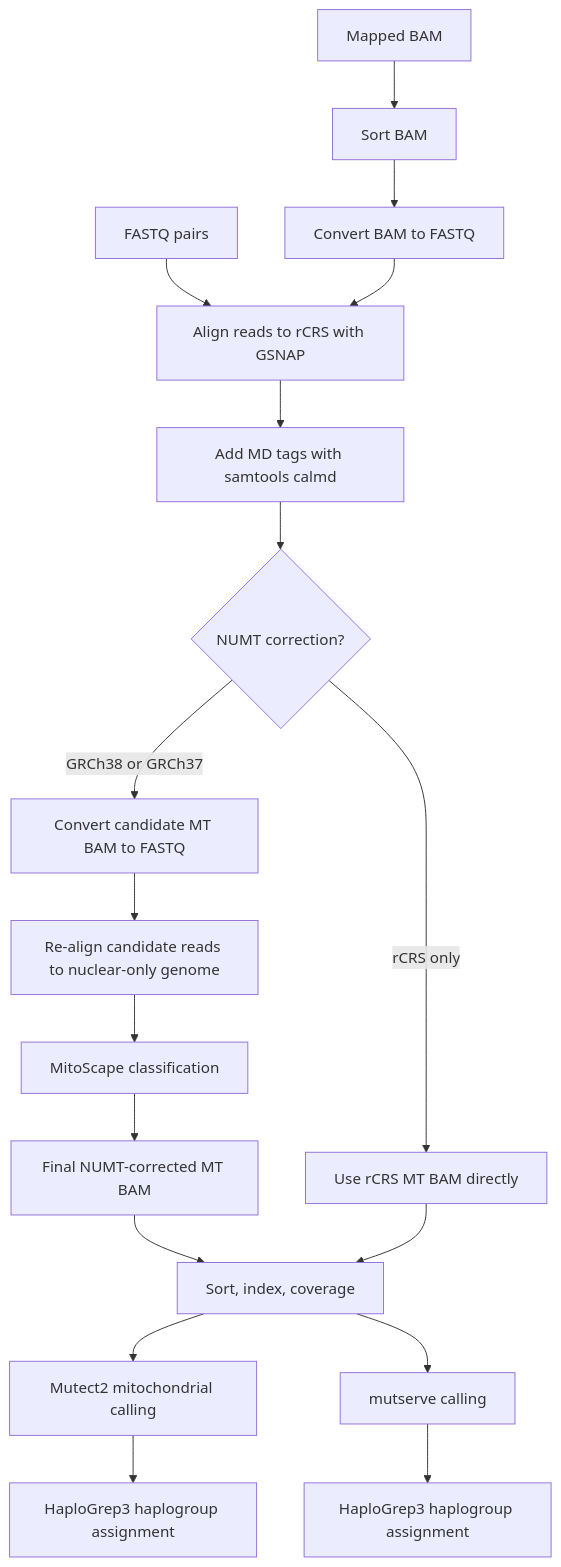
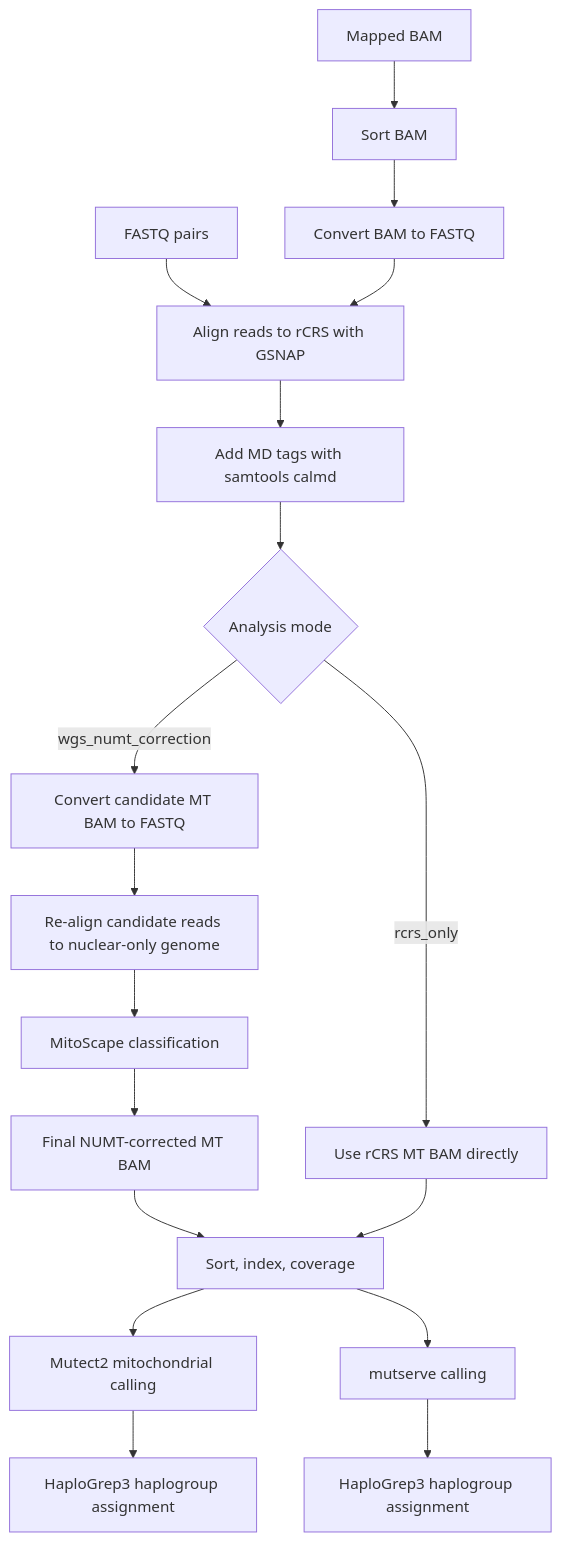
The diagram in README.md (aledavini7/clam-mitogenome-pipeline), drawn with Mermaid before and after one commit. The commit also changed other lines of this file and 4 other files, not shown here.

````diff
--- a/README.md
+++ b/README.md
@@ -17,20 +17,20 @@
 ```mermaid
 flowchart TD
     A[FASTQ pairs] --> C[Align reads to rCRS with GSNAP]
     B[Mapped BAM] --> B1[Sort BAM]
     B1 --> B2[Convert BAM to FASTQ]
     B2 --> C
     C --> D[Add MD tags with samtools calmd]
-    D --> E{NUMT correction?}
-    E -->|GRCh38 or GRCh37| F[Convert candidate MT BAM to FASTQ]
+    D --> E{Analysis mode}
+    E -->|wgs_numt_correction| F[Convert candidate MT BAM to FASTQ]
     F --> G[Re-align candidate reads to nuclear-only genome]
     G --> H[MitoScape classification]
     H --> I[Final NUMT-corrected MT BAM]
-    E -->|rCRS only| J[Use rCRS MT BAM directly]
+    E -->|rcrs_only| J[Use rCRS MT BAM directly]
     I --> K[Sort, index, coverage]
     J --> K
     K --> L[Mutect2 mitochondrial calling]
     K --> M[mutserve calling]
     L --> N[HaploGrep3 haplogroup assignment]
     M --> O[HaploGrep3 haplogroup assignment]
 ```
````
